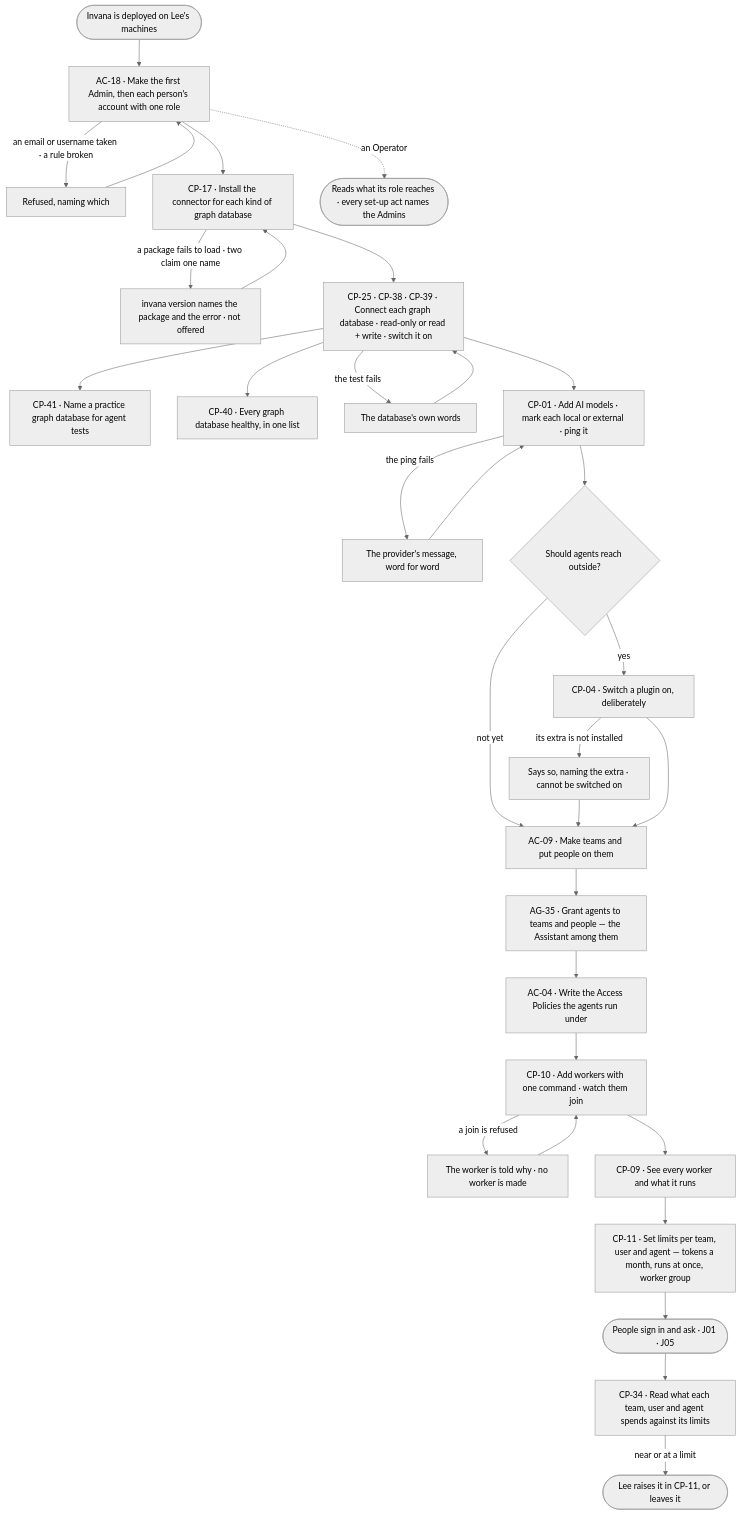
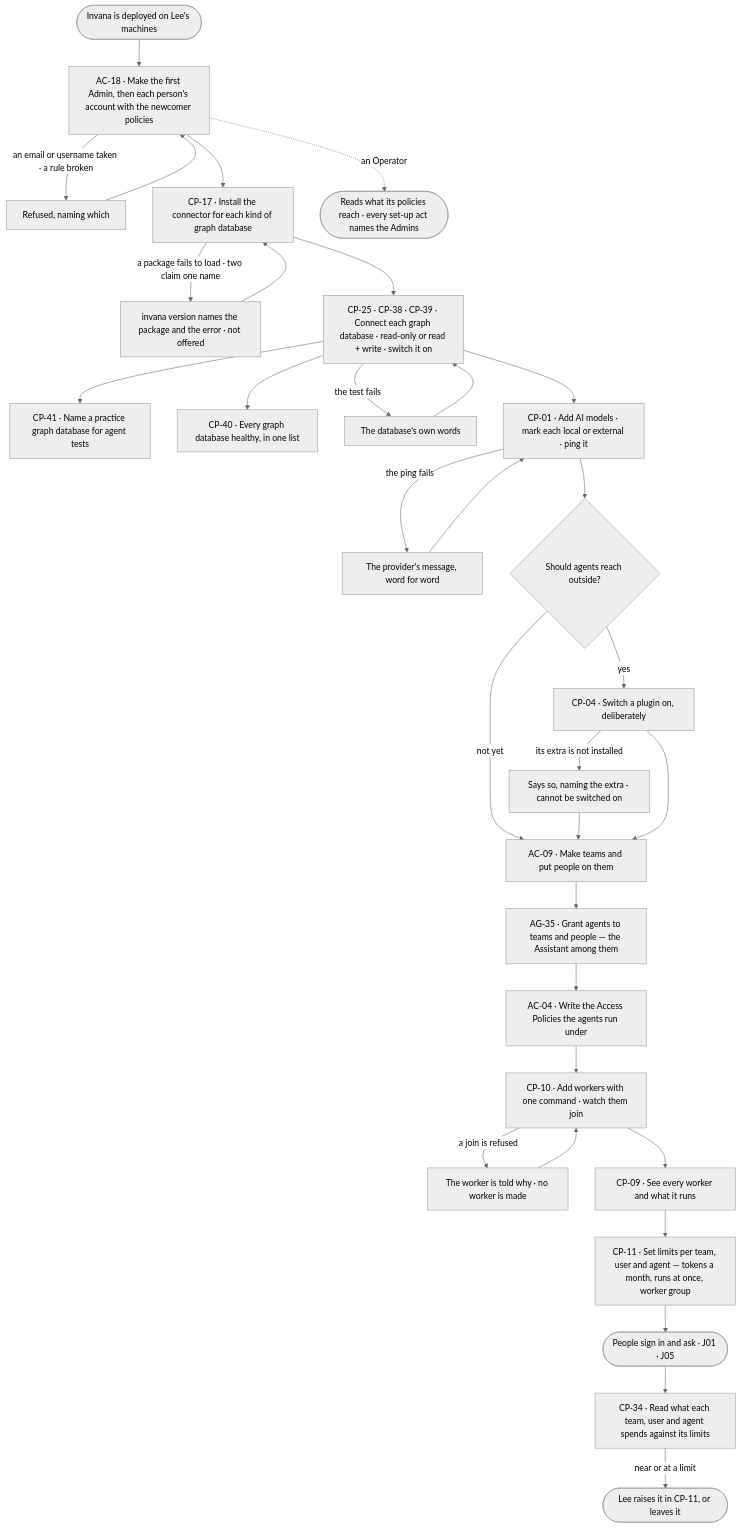
One commit to invana/invana changed the diagram in specs/journeys/J07-ready-a-deployment.md. Above: the diagram before and after it, drawn with Mermaid (neutral theme). The commit also changed other lines of this file and 228 other files, not shown here.

````diff
--- a/specs/journeys/J07-ready-a-deployment.md
+++ b/specs/journeys/J07-ready-a-deployment.md
@@ -17,28 +17,28 @@
 ```mermaid
 flowchart TD
-  A([Invana is deployed on Lee's machines]) --> B["AC-18 · Make the first Admin, then each person's account with one role"]
+  A([Invana is deployed on Lee's machines]) --> B["AC-18 · Make the first Admin, then each person's account with the newcomer policies"]
   B -->|an email or username taken · a rule broken| B1["Refused, naming which"] --> B
   B --> C["CP-17 · Install the connector for each kind of graph database"]
   C -->|a package fails to load · two claim one name| C1["invana version names the package and the error · not offered"] --> C
   C --> D["CP-25 · CP-38 · CP-39 · Connect each graph database · read-only or read + write · switch it on"]
   D --> D2["CP-41 · Name a practice graph database for agent tests"]
   D --> D3["CP-40 · Every graph database healthy, in one list"]
   D -->|the test fails| D1["The database's own words"] --> D
   D --> E["CP-01 · Add AI models · mark each local or external · ping it"]
   E -->|the ping fails| E1["The provider's message, word for word"] --> E
   E --> F{"Should agents reach outside?"}
   F -->|yes| F2["CP-04 · Switch a plugin on, deliberately"]
   F -->|not yet| T
   F2 -->|its extra is not installed| F3["Says so, naming the extra · cannot be switched on"] --> T
   F2 --> T["AC-09 · Make teams and put people on them"]
   T --> G["AG-35 · Grant agents to teams and people — the Assistant among them"]
   G --> P["AC-04 · Write the Access Policies the agents run under"]
   P --> W["CP-10 · Add workers with one command · watch them join"]
   W -->|a join is refused| W1["The worker is told why · no worker is made"] --> W
   W --> H["CP-09 · See every worker and what it runs"]
   H --> I["CP-11 · Set limits per team, user and agent — tokens a month, runs at once, worker group"]
   I --> J(["People sign in and ask · J01 · J05"])
   J --> K["CP-34 · Read what each team, user and agent spends against its limits"]
   K -->|near or at a limit| L(["Lee raises it in CP-11, or leaves it"])
-  B -.->|an Operator| N(["Reads what its role reaches · every set-up act names the Admins"])
+  B -.->|an Operator| N(["Reads what its policies reach · every set-up act names the Admins"])
 ```
````
